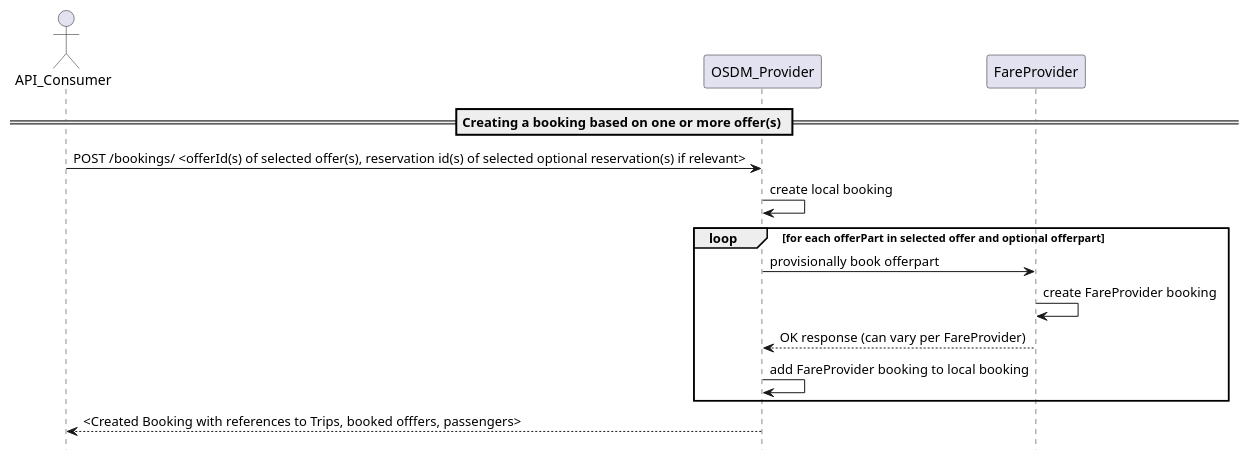
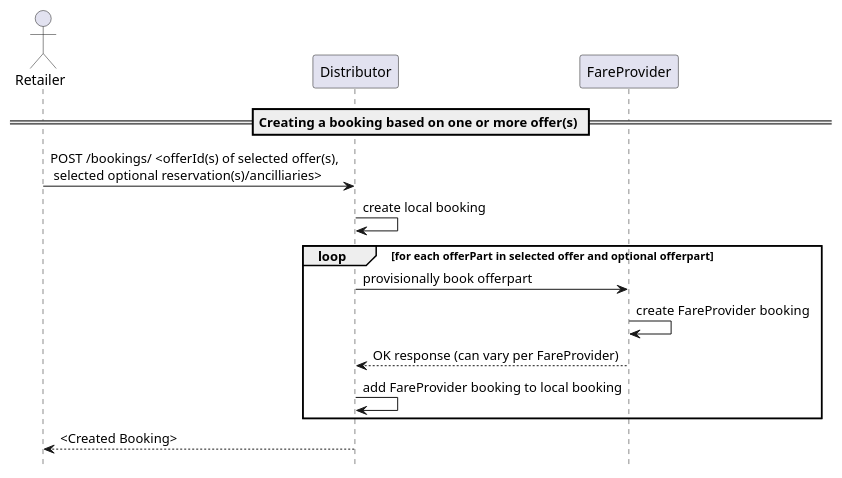
Before and after one commit to UnionInternationalCheminsdeFer/OSDM: the diagram in images/processes/seq-creating-a-booking-based-on-offers.puml, drawn with PlantUML. The commit also changed 71 other files, not shown here.

```diff
--- a/images/processes/seq-creating-a-booking-based-on-offers.puml
+++ b/images/processes/seq-creating-a-booking-based-on-offers.puml
@@ -1,14 +1,14 @@
 hide footbox
 
-actor API_Consumer 
+actor Retailer 
 
 == Creating a booking based on one or more offer(s) ==
-API_Consumer -> OSDM_Provider: POST /bookings/ <offerId(s) of selected offer(s), reservation id(s) of selected optional reservation(s) if relevant>
-OSDM_Provider -> OSDM_Provider : create local booking 
+Retailer -> Distributor: POST /bookings/ <offerId(s) of selected offer(s),\n selected optional reservation(s)/ancilliaries>
+Distributor -> Distributor : create local booking 
 loop for each offerPart in selected offer and optional offerpart
-    OSDM_Provider -> FareProvider: provisionally book offerpart 
+    Distributor -> FareProvider: provisionally book offerpart 
 	FareProvider -> FareProvider: create FareProvider booking
-	FareProvider --> OSDM_Provider : OK response (can vary per FareProvider)
-	OSDM_Provider -> OSDM_Provider : add FareProvider booking to local booking
+	FareProvider --> Distributor : OK response (can vary per FareProvider)
+	Distributor -> Distributor : add FareProvider booking to local booking
 end
-OSDM_Provider --> API_Consumer: <Created Booking with references to Trips, booked offfers, passengers>
+Distributor --> Retailer: <Created Booking>
```
